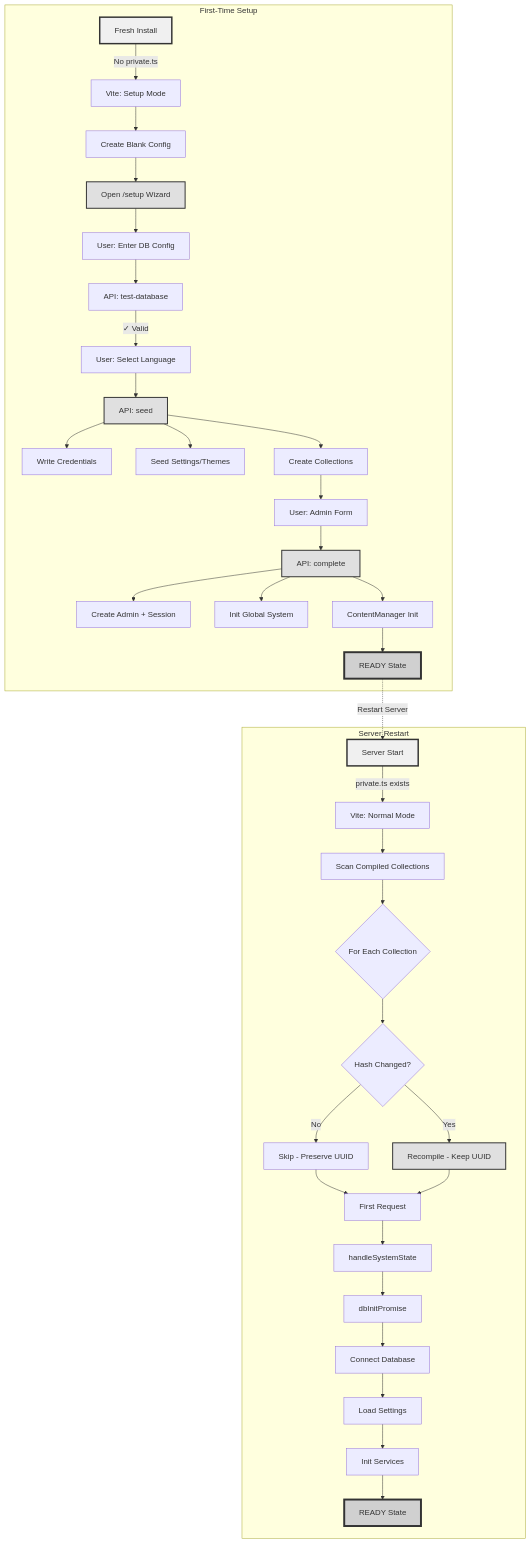
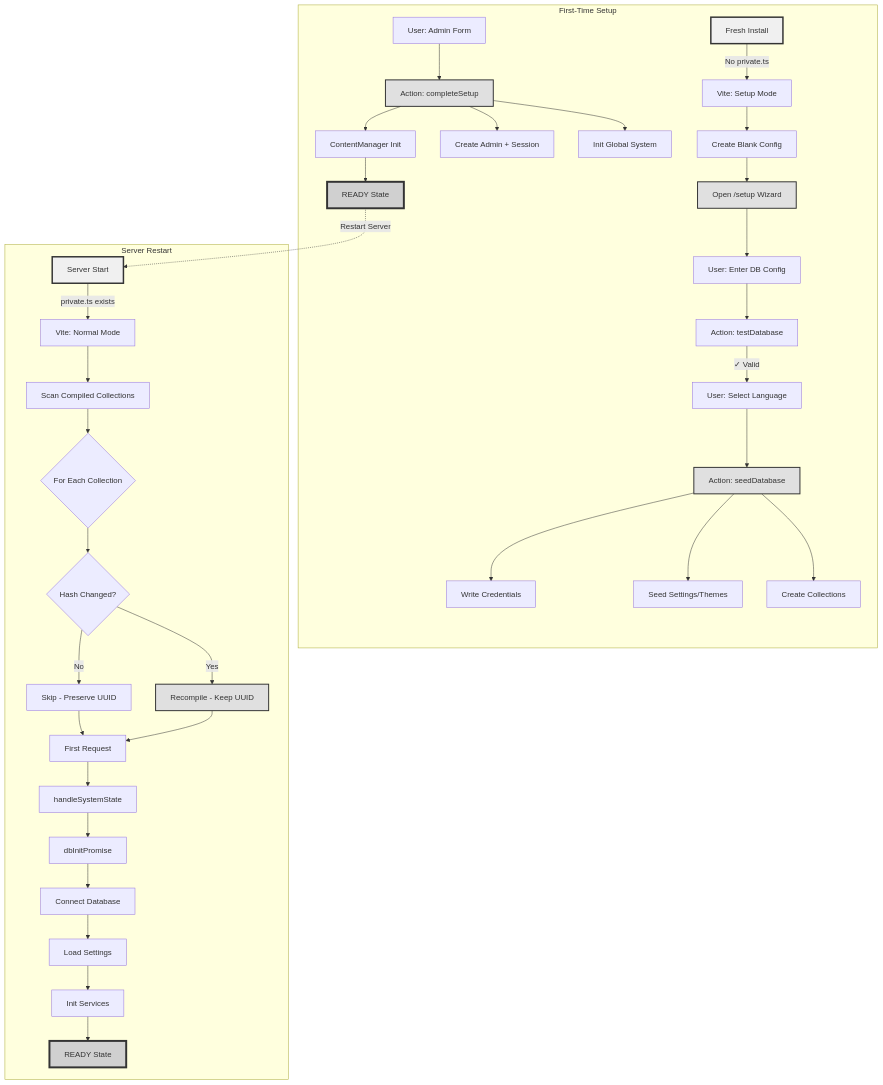
The first of 9 diagrams in docs/architecture/initialization-workflow.mdx (SveltyCMS/SveltyCMS), drawn with Mermaid before and after one commit. The commit also changed other lines of this file and 90 other files, not shown here.

````diff
--- a/docs/architecture/initialization-workflow.mdx
+++ b/docs/architecture/initialization-workflow.mdx
@@ -521,49 +521,48 @@
 ```mermaid
 graph TB
     subgraph "First-Time Setup"
         A1[Fresh Install] -->|No private.ts| A2[Vite: Setup Mode]
         A2 --> A3[Create Blank Config]
         A3 --> A4[Open /setup Wizard]
         A4 --> A5[User: Enter DB Config]
-        A5 --> A6[API: test-database]
+        A5 --> A6[Action: testDatabase]
         A6 -->|✓ Valid| A7[User: Select Language]
-        A7 --> A8[API: seed]
+        A7 --> A8[Action: seedDatabase]
         A8 --> A9[Write Credentials]
         A8 --> A10[Seed Settings/Themes]
         A8 --> A11[Create Collections]
-        A11 --> A12[User: Admin Form]
-        A12 --> A13[API: complete]
+        A12[User: Admin Form] --> A13[Action: completeSetup]
         A13 --> A14[Create Admin + Session]
         A13 --> A15[Init Global System]
         A13 --> A16[ContentManager Init]
         A16 --> A17[READY State]
     end
 
     subgraph "Server Restart"
         B1[Server Start] -->|private.ts exists| B2[Vite: Normal Mode]
         B2 --> B3[Scan Compiled Collections]
         B3 --> B4{For Each Collection}
         B4 --> B5{Hash Changed?}
         B5 -->|No| B6[Skip - Preserve UUID]
         B5 -->|Yes| B7[Recompile - Keep UUID]
         B6 --> B8[First Request]
         B7 --> B8
         B8 --> B9[handleSystemState]
         B9 --> B10[dbInitPromise]
         B10 --> B11[Connect Database]
         B11 --> B12[Load Settings]
         B12 --> B13[Init Services]
         B13 --> B14[READY State]
     end
 
     A17 -.->|Restart Server| B1
 
     style A1 fill:#f0f0f0,stroke:#333,stroke-width:3px
     style A4 fill:#e0e0e0,stroke:#333,stroke-width:2px
     style A8 fill:#e0e0e0,stroke:#333,stroke-width:2px
     style A13 fill:#e0e0e0,stroke:#333,stroke-width:2px
     style A17 fill:#d0d0d0,stroke:#333,stroke-width:4px
     style B1 fill:#f0f0f0,stroke:#333,stroke-width:3px
     style B7 fill:#e0e0e0,stroke:#333,stroke-width:2px
     style B14 fill:#d0d0d0,stroke:#333,stroke-width:4px
 ```
````
